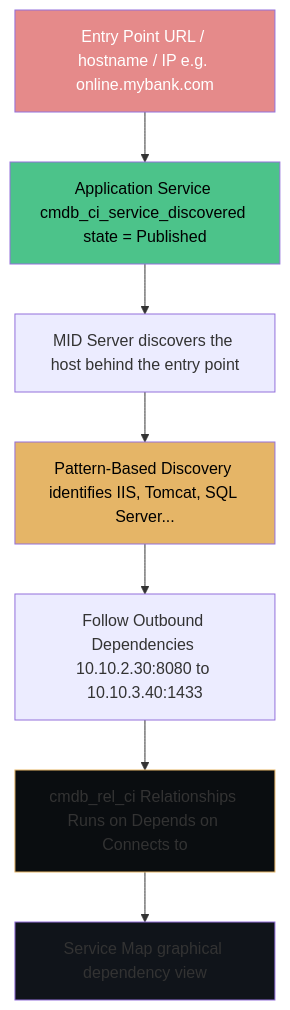
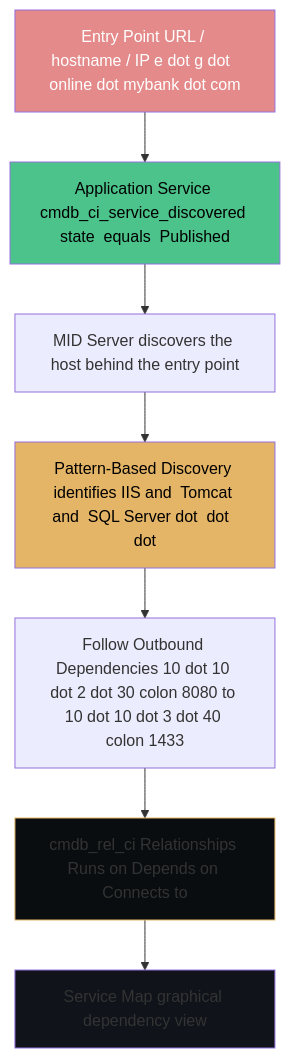
The third of 6 diagrams in docs/modules/servicemapping/servicemapping-guide.md (eltonaguiar/ServiceNow_Learning_TSOM-_CSM_FSM_SalesCRM_HAM_ITSM), drawn with Mermaid before and after one commit. The commit also changed other lines of this file and 19 other files, not shown here.

Commit message:
Fix all Mermaid diagram special characters - replace dollar, parens, slashes, quotes, pipes, nested brackets and other unsafe chars inside brackets with safe alternatives across 19 files

````diff
--- a/docs/modules/servicemapping/servicemapping-guide.md
+++ b/docs/modules/servicemapping/servicemapping-guide.md
@@ -397,24 +397,24 @@
 ```mermaid
 flowchart TD
-    Entry[Entry Point URL / hostname / IP e.g. online.mybank.com]
-    Service[Application Service cmdb_ci_service_discovered state = Published]
+    Entry[Entry Point URL / hostname / IP e dot g dot  online dot mybank dot com]
+    Service[Application Service cmdb_ci_service_discovered state  equals  Published]
     MID[MID Server discovers the host behind the entry point]
-    Pattern[Pattern-Based Discovery identifies IIS, Tomcat, SQL Server...]
-    Dep[Follow Outbound Dependencies 10.10.2.30:8080 to 10.10.3.40:1433]
+    Pattern[Pattern-Based Discovery identifies IIS and  Tomcat and  SQL Server dot  dot  dot ]
+    Dep[Follow Outbound Dependencies 10 dot 10 dot 2 dot 30 colon 8080 to 10 dot 10 dot 3 dot 40 colon 1433]
     Rel[cmdb_rel_ci Relationships Runs on Depends on Connects to]
     Map[Service Map graphical dependency view]
 
     Entry --> Service
     Service --> MID
     MID --> Pattern
     Pattern --> Dep
     Dep --> Rel
     Rel --> Map
 
     style Entry fill:#e58a8a,color:#fff
     style Service fill:#4cc38a,color:#000
     style Pattern fill:#e5b567,color:#000
     style Rel fill:#0a0d10,stroke:#e5b567
     style Map fill:#10141a
 
 ```
````
